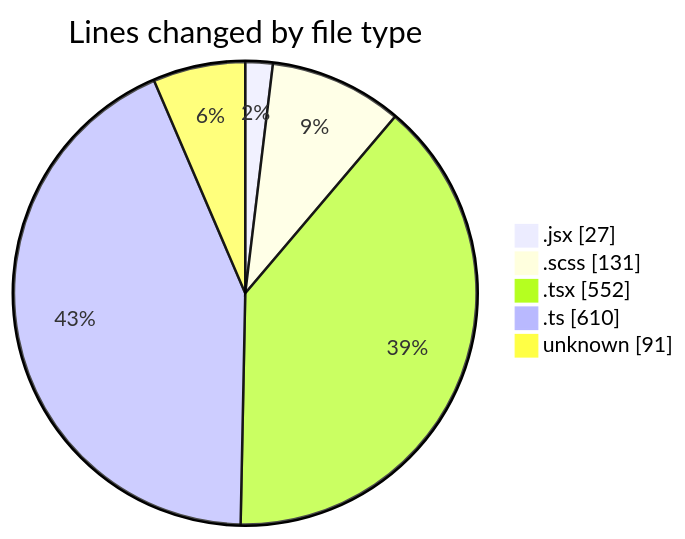
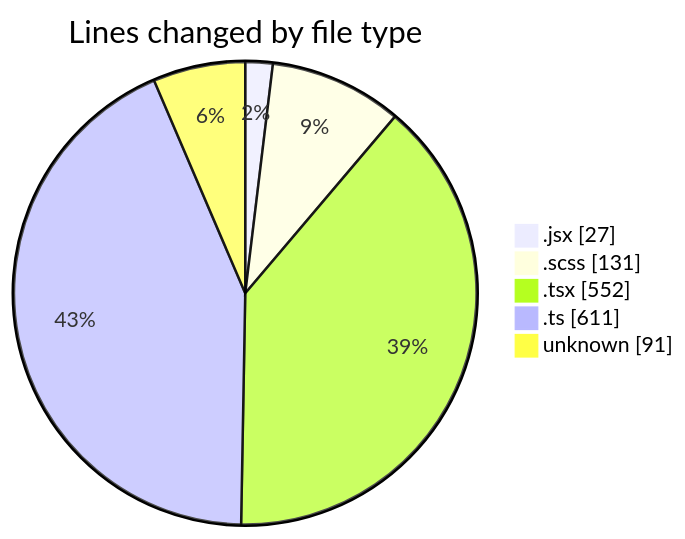
One commit to momahboobian/code-tracking changed the first of 2 diagrams in 2026-03-16/cda/README.md. Above: the diagram before and after it, drawn with Mermaid. The commit also changed other lines of this file and 1 other file, not shown here.

````diff
--- a/2026-03-16/cda/README.md
+++ b/2026-03-16/cda/README.md
@@ -29,9 +29,9 @@
 ```mermaid
 pie showData
 title Lines changed by file type
 ".jsx" : 27
 ".scss" : 131
 ".tsx" : 552
-".ts" : 610
+".ts" : 611
 "unknown" : 91
 ```
````
